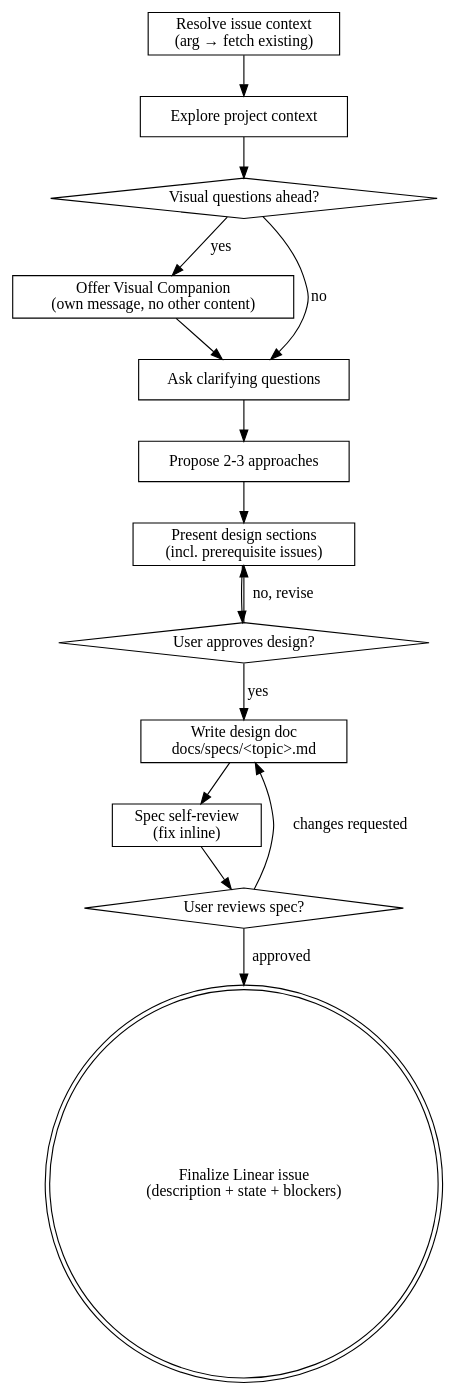
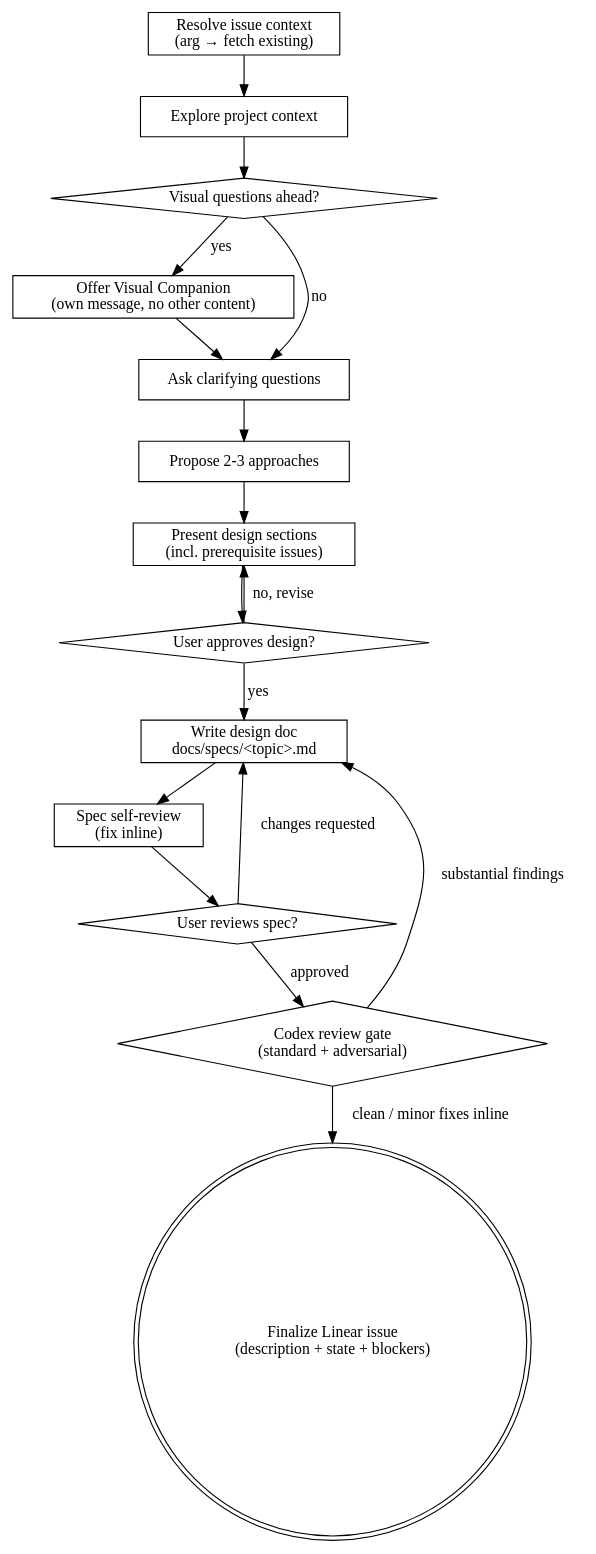
One commit to seankao31/sensible-ralph changed the diagram in skills/ralph-spec/SKILL.md. Above: the diagram before and after it, drawn with Graphviz. The commit also changed other lines of this file, not shown here.

First line of the commit message:
feat(ralph-spec): add codex-review-gate step before Linear finalization

````diff
--- a/skills/ralph-spec/SKILL.md
+++ b/skills/ralph-spec/SKILL.md
@@ -44,31 +45,34 @@
 ```dot
 digraph ralph_spec {
     "Resolve issue context\n(arg → fetch existing)" [shape=box];
     "Explore project context" [shape=box];
     "Visual questions ahead?" [shape=diamond];
     "Offer Visual Companion\n(own message, no other content)" [shape=box];
     "Ask clarifying questions" [shape=box];
     "Propose 2-3 approaches" [shape=box];
     "Present design sections\n(incl. prerequisite issues)" [shape=box];
     "User approves design?" [shape=diamond];
     "Write design doc\ndocs/specs/<topic>.md" [shape=box];
     "Spec self-review\n(fix inline)" [shape=box];
     "User reviews spec?" [shape=diamond];
+    "Codex review gate\n(standard + adversarial)" [shape=diamond];
     "Finalize Linear issue\n(description + state + blockers)" [shape=doublecircle];
 
     "Resolve issue context\n(arg → fetch existing)" -> "Explore project context";
     "Explore project context" -> "Visual questions ahead?";
     "Visual questions ahead?" -> "Offer Visual Companion\n(own message, no other content)" [label="yes"];
     "Visual questions ahead?" -> "Ask clarifying questions" [label="no"];
     "Offer Visual Companion\n(own message, no other content)" -> "Ask clarifying questions";
     "Ask clarifying questions" -> "Propose 2-3 approaches";
     "Propose 2-3 approaches" -> "Present design sections\n(incl. prerequisite issues)";
     "Present design sections\n(incl. prerequisite issues)" -> "User approves design?";
     "User approves design?" -> "Present design sections\n(incl. prerequisite issues)" [label="no, revise"];
     "User approves design?" -> "Write design doc\ndocs/specs/<topic>.md" [label="yes"];
     "Write design doc\ndocs/specs/<topic>.md" -> "Spec self-review\n(fix inline)";
     "Spec self-review\n(fix inline)" -> "User reviews spec?";
     "User reviews spec?" -> "Write design doc\ndocs/specs/<topic>.md" [label="changes requested"];
-    "User reviews spec?" -> "Finalize Linear issue\n(description + state + blockers)" [label="approved"];
+    "User reviews spec?" -> "Codex review gate\n(standard + adversarial)" [label="approved"];
+    "Codex review gate\n(standard + adversarial)" -> "Write design doc\ndocs/specs/<topic>.md" [label="substantial findings"];
+    "Codex review gate\n(standard + adversarial)" -> "Finalize Linear issue\n(description + state + blockers)" [label="clean / minor fixes inline"];
 }
 ```
````
